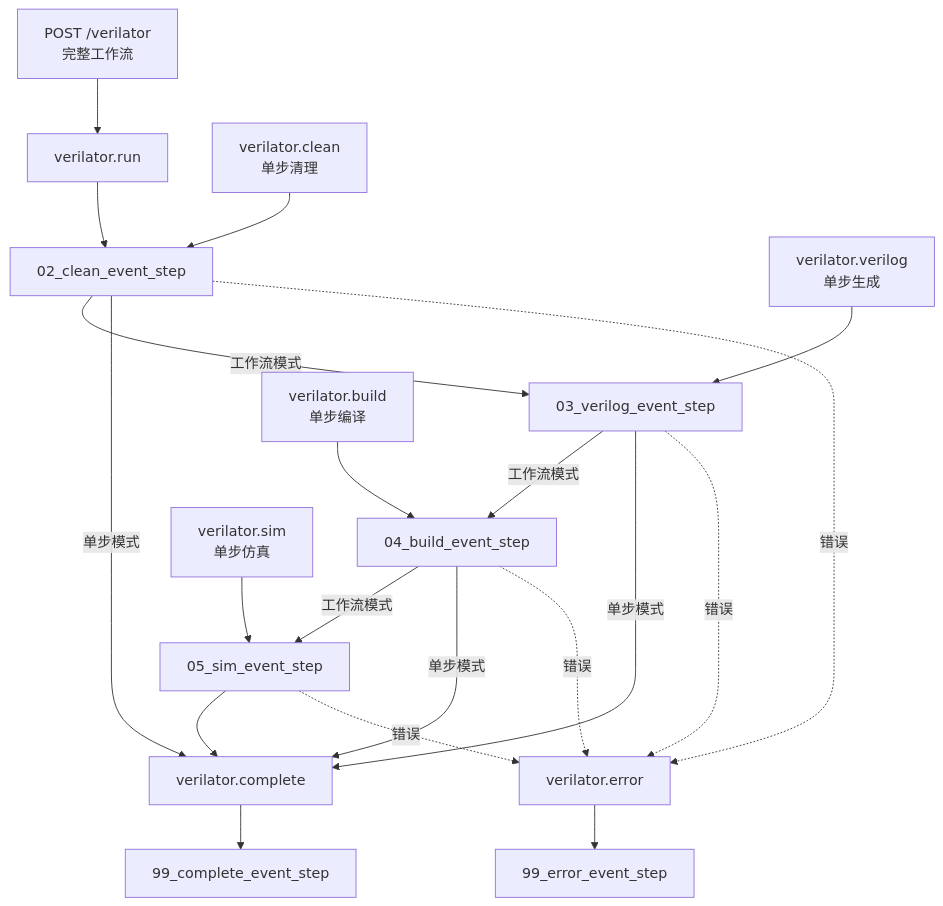
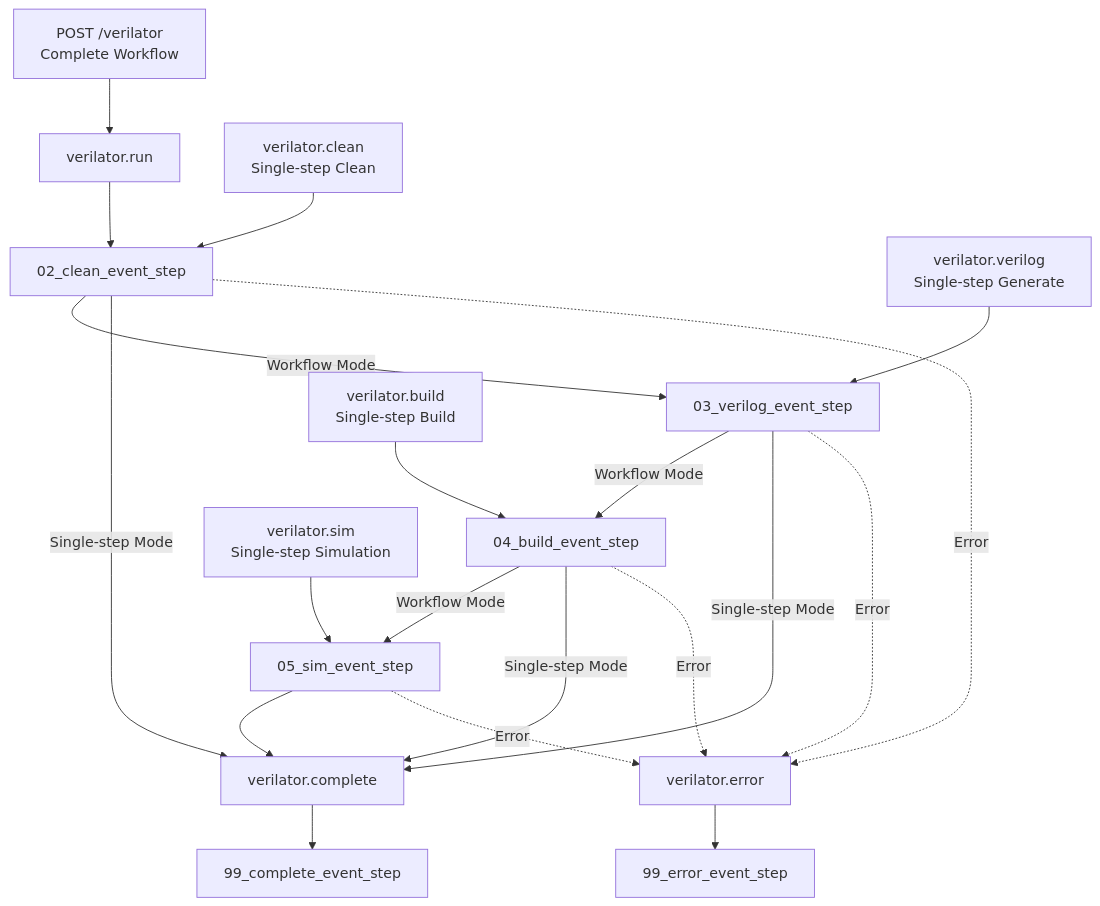
One commit to DangoSys/buckyball changed the diagram in workflow/steps/verilator/README.md. Above: the diagram before and after it, drawn with Mermaid. The commit also changed other lines of this file and 66 other files, not shown here.

````diff
--- a/workflow/steps/verilator/README.md
+++ b/workflow/steps/verilator/README.md
@@ -163,35 +163,35 @@
 ```mermaid
 graph TD;
-    API[POST /verilator<br/>完整工作流] --> RUN[verilator.run]
+    API[POST /verilator<br/>Complete Workflow] --> RUN[verilator.run]
 
-    CLEAN_DIRECT[verilator.clean<br/>单步清理] --> CLEAN_STEP[02_clean_event_step]
-    VERILOG_DIRECT[verilator.verilog<br/>单步生成] --> VERILOG_STEP[03_verilog_event_step]
-    BUILD_DIRECT[verilator.build<br/>单步编译] --> BUILD_STEP[04_build_event_step]
-    SIM_DIRECT[verilator.sim<br/>单步仿真] --> SIM_STEP[05_sim_event_step]
+    CLEAN_DIRECT[verilator.clean<br/>Single-step Clean] --> CLEAN_STEP[02_clean_event_step]
+    VERILOG_DIRECT[verilator.verilog<br/>Single-step Generate] --> VERILOG_STEP[03_verilog_event_step]
+    BUILD_DIRECT[verilator.build<br/>Single-step Build] --> BUILD_STEP[04_build_event_step]
+    SIM_DIRECT[verilator.sim<br/>Single-step Simulation] --> SIM_STEP[05_sim_event_step]
 
     RUN --> CLEAN_STEP
-    CLEAN_STEP --> |工作流模式| VERILOG_STEP
-    CLEAN_STEP --> |单步模式| COMPLETE[verilator.complete]
+    CLEAN_STEP --> |Workflow Mode| VERILOG_STEP
+    CLEAN_STEP --> |Single-step Mode| COMPLETE[verilator.complete]
 
-    VERILOG_STEP --> |工作流模式| BUILD_STEP
-    VERILOG_STEP --> |单步模式| COMPLETE
+    VERILOG_STEP --> |Workflow Mode| BUILD_STEP
+    VERILOG_STEP --> |Single-step Mode| COMPLETE
 
-    BUILD_STEP --> |工作流模式| SIM_STEP
-    BUILD_STEP --> |单步模式| COMPLETE
+    BUILD_STEP --> |Workflow Mode| SIM_STEP
+    BUILD_STEP --> |Single-step Mode| COMPLETE
 
     SIM_STEP --> COMPLETE
 
     COMPLETE --> COMPLETE_STEP[99_complete_event_step]
 
-    CLEAN_STEP -.-> |错误| ERROR[verilator.error]
-    VERILOG_STEP -.-> |错误| ERROR
-    BUILD_STEP -.-> |错误| ERROR
-    SIM_STEP -.-> |错误| ERROR
+    CLEAN_STEP -.-> |Error| ERROR[verilator.error]
+    VERILOG_STEP -.-> |Error| ERROR
+    BUILD_STEP -.-> |Error| ERROR
+    SIM_STEP -.-> |Error| ERROR
 
     ERROR --> ERROR_STEP[99_error_event_step]
 
     classDef apiNode fill:#e1f5fe
     classDef eventNode fill:#f3e5f5
     classDef stepNode fill:#e8f5e8
     classDef endNode fill:#fff3e0
 ```
````
